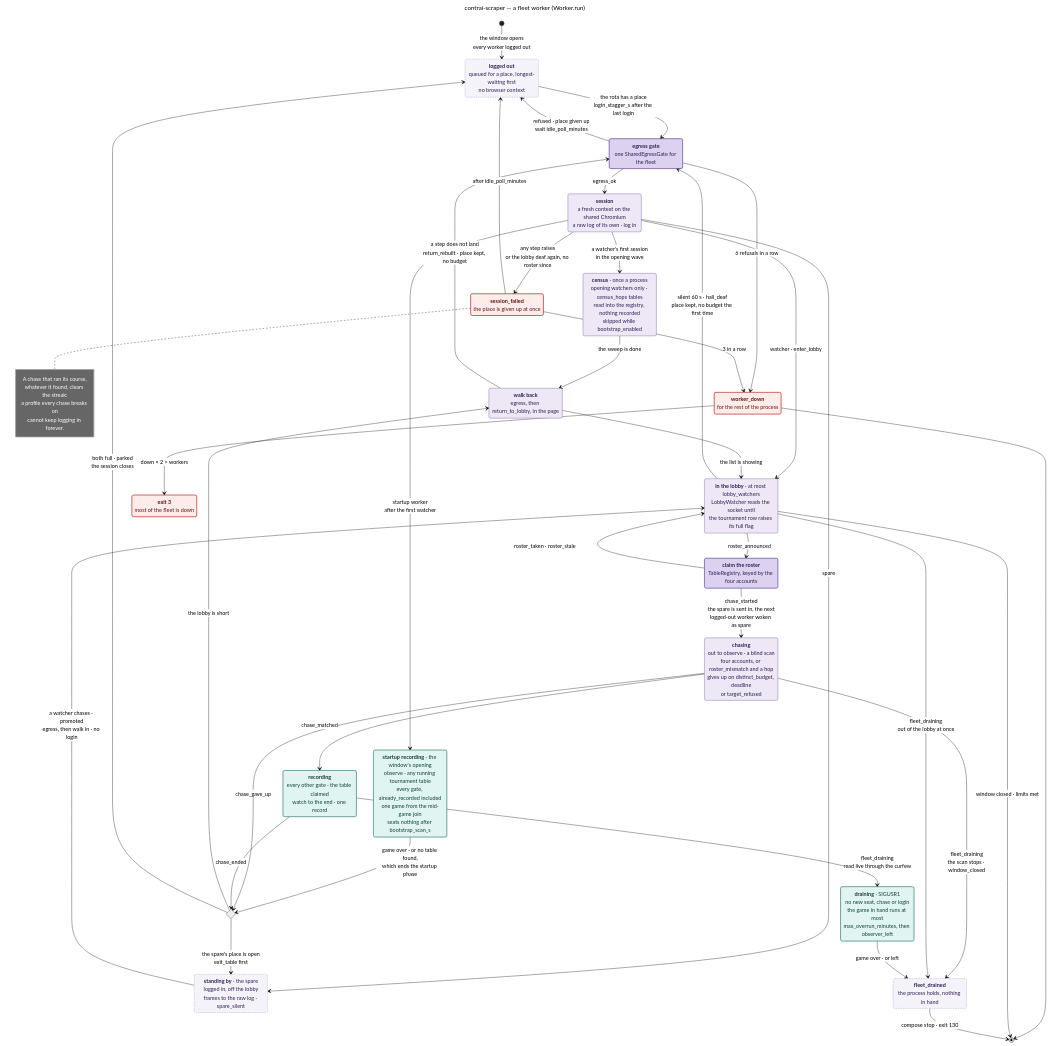
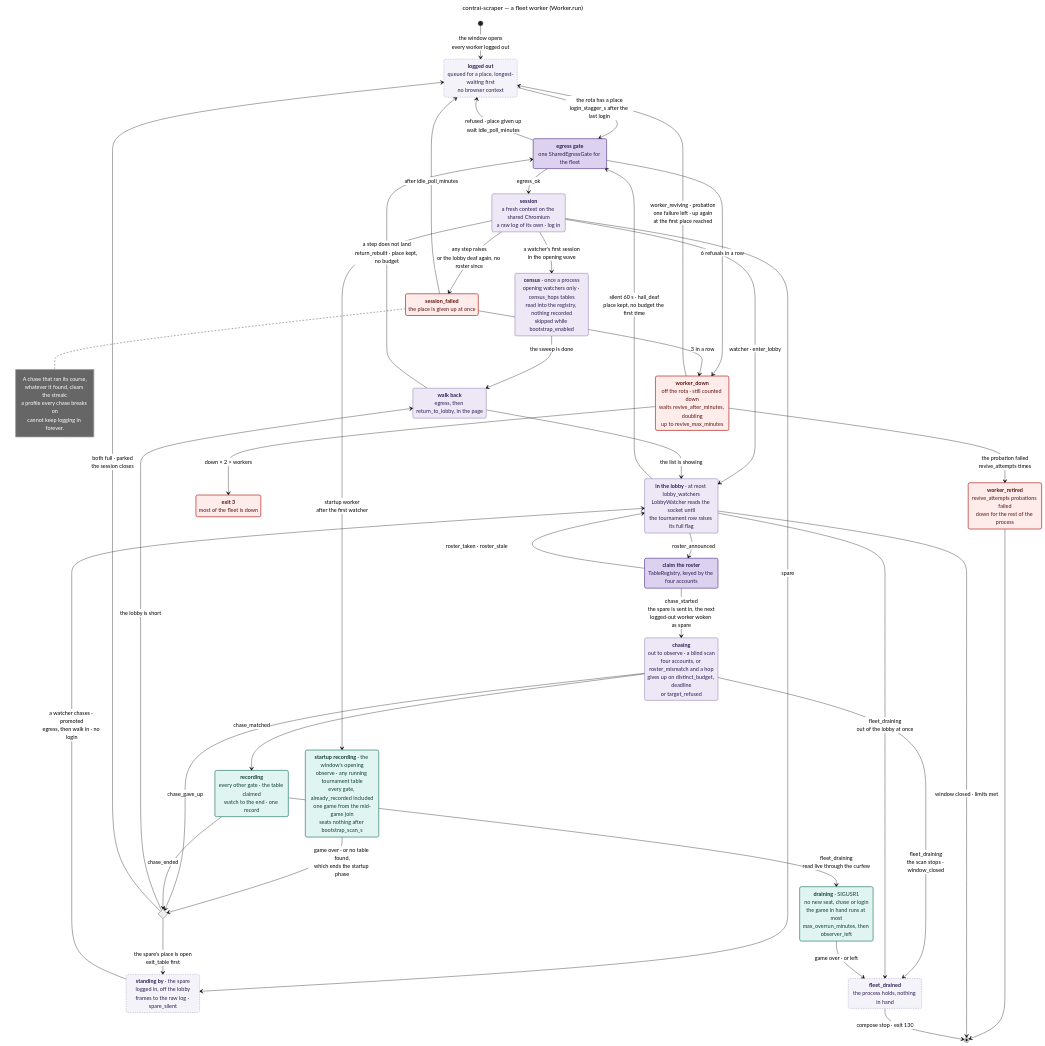
The diagram in docs/diagrams/state_scraper_worker.mmd (valmathieu/ContrAI), drawn with Mermaid (neutral theme) before and after one commit. The commit also changed 11 other files, not shown here.

First line of the commit message:
feat(scraper): bring a down fleet worker back after a backoff

```diff
--- a/docs/diagrams/state_scraper_worker.mmd
+++ b/docs/diagrams/state_scraper_worker.mmd
@@ -1,80 +1,83 @@
 ---
 title: contrai-scraper — a fleet worker (Worker.run)
 ---
 stateDiagram-v2
     direction TB
 
     [*] --> Out : the window opens<br/>every worker logged out
 
     Out : <b>logged out</b><br/>queued for a place, longest-waiting first<br/>no browser context
     Egress : <b>egress gate</b><br/>one SharedEgressGate for the fleet
     Session : <b>session</b><br/>a fresh context on the shared Chromium<br/>a raw log of its own · log in
     Census : <b>census</b> · once a process<br/>opening watchers only · census_hops tables<br/>read into the registry, nothing recorded<br/>skipped while bootstrap_enabled
     Boot : <b>startup recording</b> · the window's opening<br/>observe · any running tournament table<br/>every gate, already_recorded included<br/>one game from the mid-game join<br/>seats nothing after bootstrap_scan_s
     Spare : <b>standing by</b> · the spare<br/>logged in, off the lobby<br/>frames to the raw log · spare_silent
     Hall : <b>in the lobby</b> · at most lobby_watchers<br/>LobbyWatcher reads the socket until<br/>the tournament row raises its full flag
     Claim : <b>claim the roster</b><br/>TableRegistry, keyed by the four accounts
     Chasing : <b>chasing</b><br/>out to observe · a blind scan<br/>four accounts, or roster_mismatch and a hop<br/>gives up on distinct_budget, deadline<br/>or target_refused
     Recording : <b>recording</b><br/>every other gate · the table claimed<br/>watch to the end · one record
     state Done <<choice>>
     Back : <b>walk back</b><br/>egress, then return_to_lobby, in the page
     Failed : <b>session_failed</b><br/>the place is given up at once
-    Down : <b>worker_down</b><br/>for the rest of the process
+    Down : <b>worker_down</b><br/>off the rota · still counted down<br/>waits revive_after_minutes, doubling<br/>up to revive_max_minutes
+    Retired : <b>worker_retired</b><br/>revive_attempts probations failed<br/>down for the rest of the process
     Handback : <b>exit 3</b><br/>most of the fleet is down
     Draining : <b>draining</b> · SIGUSR1<br/>no new seat, chase or login<br/>the game in hand runs at most<br/>max_overrun_minutes, then observer_left
     Drained : <b>fleet_drained</b><br/>the process holds, nothing in hand
 
     Out --> Egress : the rota has a place<br/>login_stagger_s after the last login
     Egress --> Session : egress_ok
     Egress --> Out : refused · place given up<br/>wait idle_poll_minutes
     Egress --> Down : 6 refusals in a row
     Session --> Census : a watcher's first session<br/>in the opening wave
     Session --> Hall : watcher · enter_lobby
     Session --> Spare : spare
     Session --> Boot : startup worker<br/>after the first watcher
     Boot --> Done : game over · or no table found,<br/>which ends the startup phase
     Census --> Back : the sweep is done
     Spare --> Hall : a watcher chases · promoted<br/>egress, then walk in · no login
     Hall --> Claim : roster_announced
     Claim --> Hall : roster_taken · roster_stale
     Claim --> Chasing : chase_started<br/>the spare is sent in, the next<br/>logged-out worker woken as spare
     Chasing --> Recording : chase_matched
     Chasing --> Done : chase_gave_up
     Recording --> Done : chase_ended
     Done --> Back : the lobby is short
     Done --> Spare : the spare's place is open<br/>exit_table first
     Done --> Out : both full · parked<br/>the session closes
     Back --> Hall : the list is showing
     Back --> Egress : a step does not land<br/>return_rebuilt · place kept, no budget
     Hall --> Egress : silent 60 s · hall_deaf<br/>place kept, no budget the first time
     Session --> Failed : any step raises<br/>or the lobby deaf again, no roster since
     Failed --> Out : after idle_poll_minutes
     Failed --> Down : 3 in a row
     Down --> Handback : down × 2 > workers
-    Down --> [*]
+    Down --> Out : worker_reviving · probation<br/>one failure left · up again<br/>at the first place reached
+    Down --> Retired : the probation failed<br/>revive_attempts times
+    Retired --> [*]
     Hall --> [*] : window closed · limits met
     Recording --> Draining : fleet_draining<br/>read live through the curfew
     Chasing --> Drained : fleet_draining<br/>the scan stops · window_closed
     Hall --> Drained : fleet_draining<br/>out of the lobby at once
     Draining --> Drained : game over · or left
     Drained --> [*] : compose stop · exit 130
 
     note right of Failed
         A chase that ran its course,
         whatever it found, clears the streak:
         a profile every chase breaks on
         cannot keep logging in forever.
     end note
 
     classDef gate fill:#DCD2F0,stroke:#5E4495,stroke-width:2px,color:#2E1F52
     classDef work fill:#EDE7F6,stroke:#5E4495,stroke-width:1px,color:#2E1F52
     classDef idle fill:#F5F3FA,stroke:#8E7CB8,stroke-width:1px,color:#2E1F52,stroke-dasharray:4 3
     classDef record fill:#E0F5F2,stroke:#2E7D6F,stroke-width:2px,color:#123E36
     classDef fault fill:#FDECEA,stroke:#B3261E,stroke-width:2px,color:#5F1410
 
     class Egress,Claim gate
     class Session,Census,Hall,Chasing,Back work
     class Out,Spare idle
     class Recording,Boot,Draining record
     class Drained idle
-    class Failed,Down,Handback fault
+    class Failed,Down,Retired,Handback fault
```
